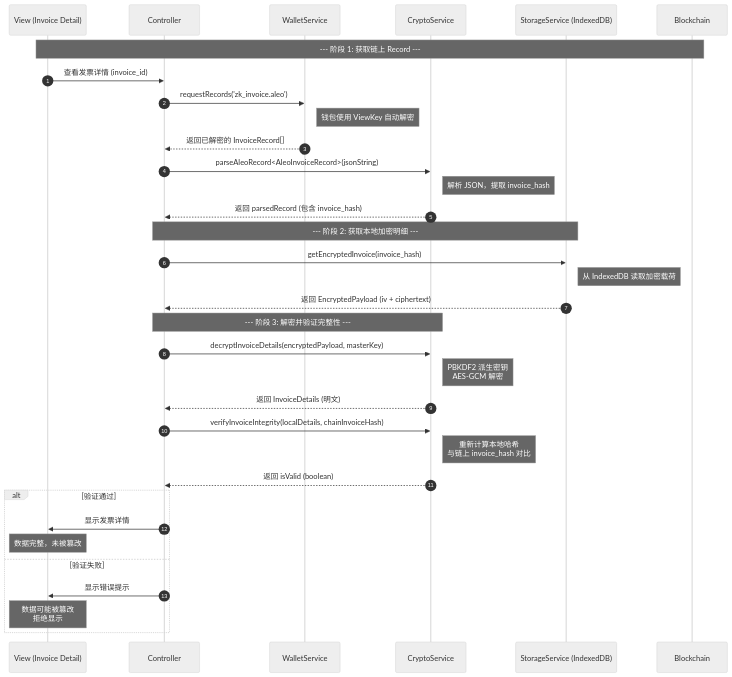
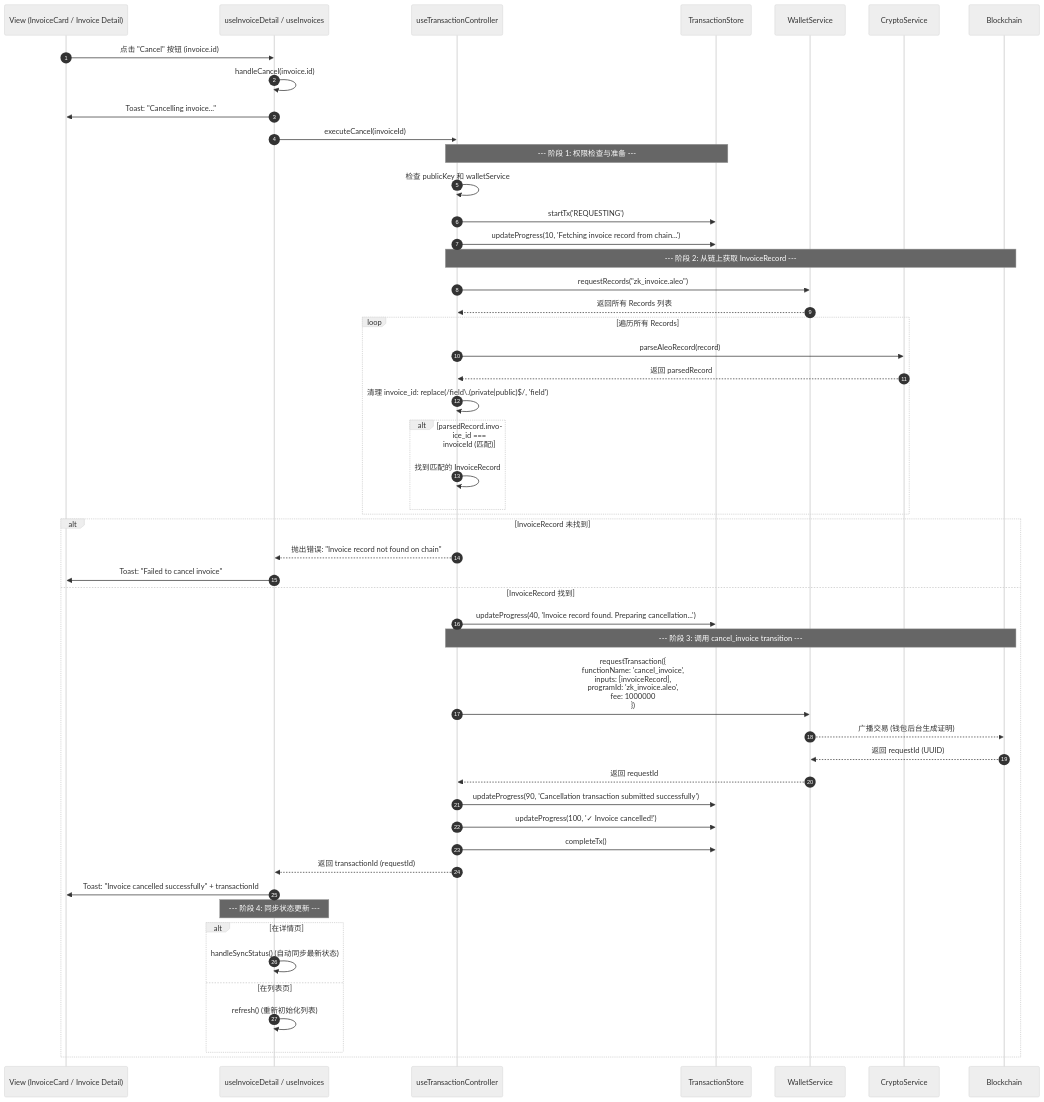
One commit to WHXisWH/alpaca-invoice changed the eighth of 9 diagrams in docs/ARCHITECTURE_NEW.md. Above: the diagram before and after it, drawn with Mermaid (neutral theme). The commit also changed other lines of this file, not shown here.

````diff
--- a/docs/ARCHITECTURE_NEW.md
+++ b/docs/ARCHITECTURE_NEW.md
@@ -680,45 +669,63 @@
 ```mermaid
 sequenceDiagram
     autonumber
-    participant V as View (Invoice Detail)
-    participant C as Controller
+    participant V as View (InvoiceCard / Invoice Detail)
+    participant CID as useInvoiceDetail / useInvoices
+    participant TC as useTransactionController
+    participant TS as TransactionStore
     participant WS as WalletService
     participant CS as CryptoService
-    participant SS as StorageService (IndexedDB)
     participant BC as Blockchain
     
-    Note over V,BC: --- 阶段 1: 获取链上 Record ---
+    V->>CID: 点击 "Cancel" 按钮 (invoice.id)
+    CID->>CID: handleCancel(invoice.id)
+    CID->>V: Toast: "Cancelling invoice..."
     
-    V->>C: 查看发票详情 (invoice_id)
-    C->>WS: requestRecords('zk_invoice.aleo')
-    Note right of WS: 钱包使用 ViewKey 自动解密
-    WS-->>C: 返回已解密的 InvoiceRecord[]
+    CID->>TC: executeCancel(invoiceId)
     
-    C->>CS: parseAleoRecord<AleoInvoiceRecord>(jsonString)
-    Note right of CS: 解析 JSON，提取 invoice_hash
-    CS-->>C: 返回 parsedRecord (包含 invoice_hash)
+    Note over TC,TS: --- 阶段 1: 权限检查与准备 ---
+    TC->>TC: 检查 publicKey 和 walletService
+    TC->>TS: startTx('REQUESTING')
+    TC->>TS: updateProgress(10, 'Fetching invoice record from chain...')
     
-    Note over C,SS: --- 阶段 2: 获取本地加密明细 ---
+    Note over TC,BC: --- 阶段 2: 从链上获取 InvoiceRecord ---
+    TC->>WS: requestRecords("zk_invoice.aleo")
+    WS-->>TC: 返回所有 Records 列表
     
-    C->>SS: getEncryptedInvoice(invoice_hash)
-    Note right of SS: 从 IndexedDB 读取加密载荷
-    SS-->>C: 返回 EncryptedPayload (iv + ciphertext)
+    loop 遍历所有 Records
+        TC->>CS: parseAleoRecord(record)
+        CS-->>TC: 返回 parsedRecord
+        TC->>TC: 清理 invoice_id: replace(/field\.(private|public)$/, 'field')
+        
+        alt parsedRecord.invoice_id === invoiceId (匹配)
+            TC->>TC: 找到匹配的 InvoiceRecord
+        end
+    end
     
-    Note over C,CS: --- 阶段 3: 解密并验证完整性 ---
-    
-    C->>CS: decryptInvoiceDetails(encryptedPayload, masterKey)
-    Note right of CS: PBKDF2 派生密钥<br/>AES-GCM 解密
-    CS-->>C: 返回 InvoiceDetails (明文)
-    
-    C->>CS: verifyInvoiceIntegrity(localDetails, chainInvoiceHash)
-    Note right of CS: 重新计算本地哈希<br/>与链上 invoice_hash 对比
-    CS-->>C: 返回 isValid (boolean)
-    
-    alt 验证通过
-        C->>V: 显示发票详情
-        Note over V: 数据完整，未被篡改
-    else 验证失败
-        C->>V: 显示错误提示
-        Note over V: 数据可能被篡改<br/>拒绝显示
+    alt InvoiceRecord 未找到
+        TC-->>CID: 抛出错误: "Invoice record not found on chain"
+        CID->>V: Toast: "Failed to cancel invoice"
+    else InvoiceRecord 找到
+        TC->>TS: updateProgress(40, 'Invoice record found. Preparing cancellation...')
+        
+        Note over TC,BC: --- 阶段 3: 调用 cancel_invoice transition ---
+        TC->>WS: requestTransaction({<br/>  functionName: 'cancel_invoice',<br/>  inputs: [invoiceRecord],<br/>  programId: 'zk_invoice.aleo',<br/>  fee: 1000000<br/>})
+        WS-->>BC: 广播交易 (钱包后台生成证明)
+        BC-->>WS: 返回 requestId (UUID)
+        WS-->>TC: 返回 requestId
+        
+        TC->>TS: updateProgress(90, 'Cancellation transaction submitted successfully')
+        TC->>TS: updateProgress(100, '✓ Invoice cancelled!')
+        TC->>TS: completeTx()
+        
+        TC-->>CID: 返回 transactionId (requestId)
+        CID->>V: Toast: "Invoice cancelled successfully" + transactionId
+        
+        Note over CID: --- 阶段 4: 同步状态更新 ---
+        alt 在详情页
+            CID->>CID: handleSyncStatus() (自动同步最新状态)
+        else 在列表页
+            CID->>CID: refresh() (重新初始化列表)
+        end
     end
 ```
````
